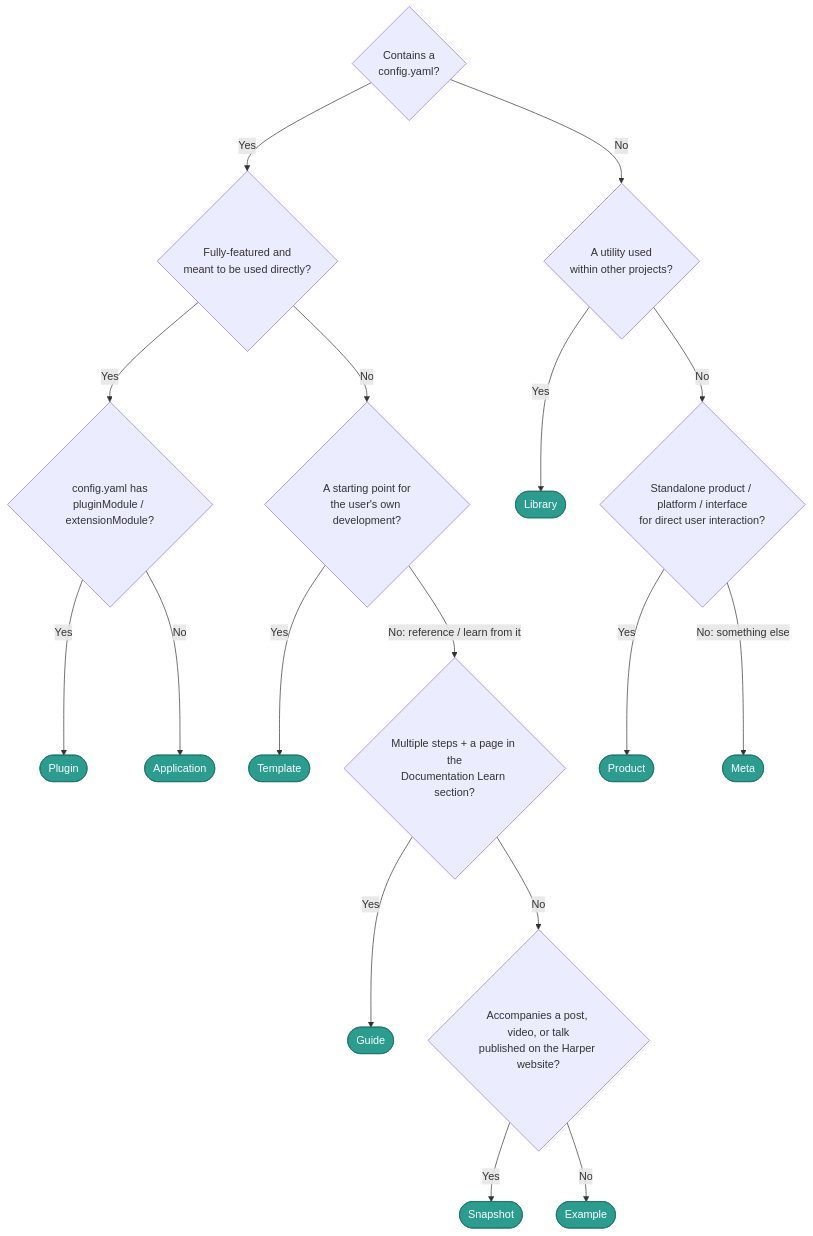
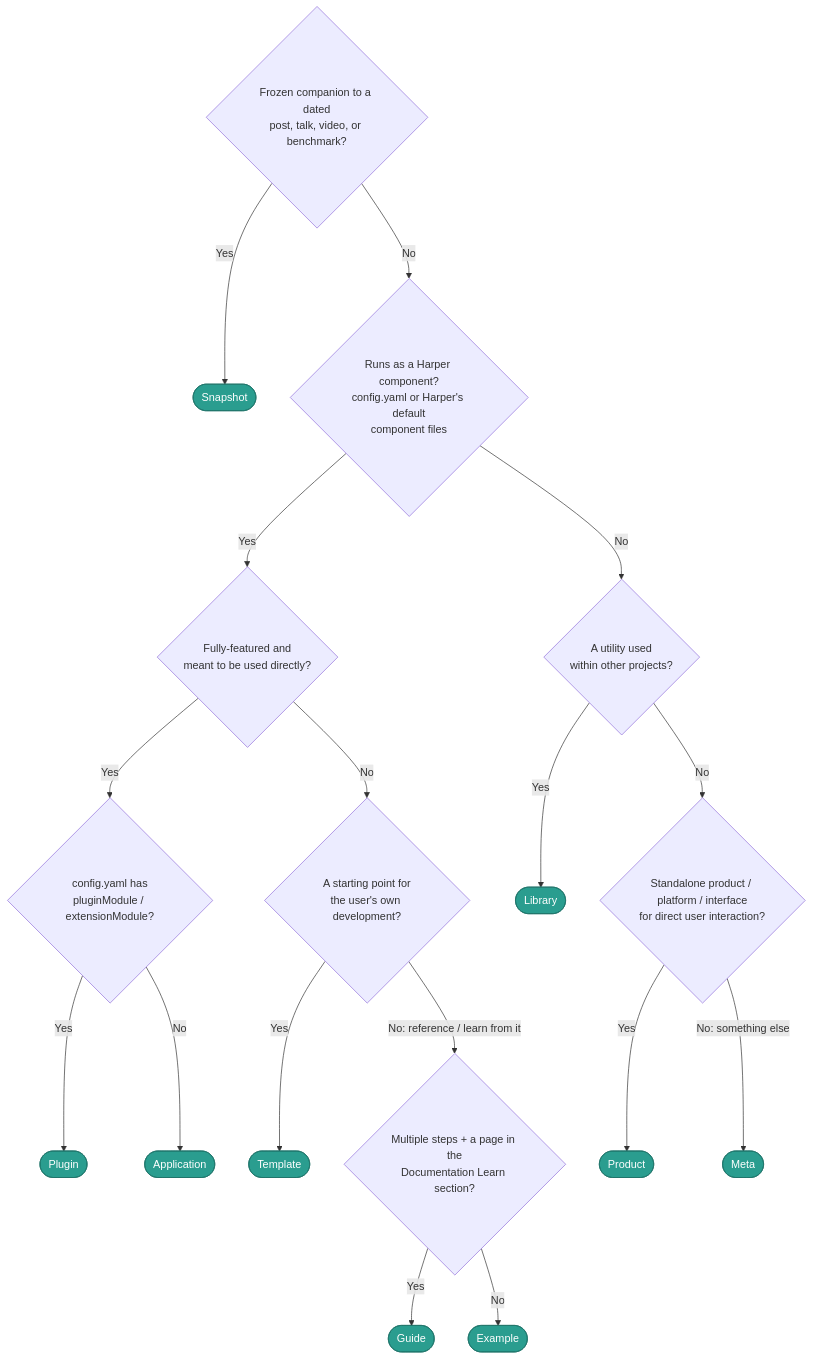
Before and after one commit to HarperFast/.github: the diagram in guidelines/repository-taxonomy.md, drawn with Mermaid. The commit also changed other lines of this file and 3 other files, not shown here.

````diff
--- a/guidelines/repository-taxonomy.md
+++ b/guidelines/repository-taxonomy.md
@@ -29,29 +29,29 @@
 ```mermaid
 flowchart TD
-    A{Contains a<br/>config.yaml?} -->|Yes| B{Fully-featured and<br/>meant to be used directly?}
+    S{Frozen companion to a dated<br/>post, talk, video, or benchmark?} -->|Yes| Snapshot([Snapshot])
+    S -->|No| A
+
+    A{Runs as a Harper component?<br/>config.yaml or Harper's default<br/>component files} -->|Yes| B{Fully-featured and<br/>meant to be used directly?}
     A -->|No| G{A utility used<br/>within other projects?}
 
     B -->|Yes| C{config.yaml has<br/>pluginModule / extensionModule?}
     B -->|No| D{A starting point for<br/>the user's own development?}
 
     C -->|Yes| Plugin([Plugin])
     C -->|No| Application([Application])
 
     D -->|Yes| Template([Template])
     D -->|"No: reference / learn from it"| E{Multiple steps + a page in the<br/>Documentation Learn section?}
 
     E -->|Yes| Guide([Guide])
-    E -->|No| F{Accompanies a post, video, or talk<br/>published on the Harper website?}
-
-    F -->|Yes| Snapshot([Snapshot])
-    F -->|No| Example([Example])
+    E -->|No| Example([Example])
 
     G -->|Yes| Library([Library])
     G -->|No| H{Standalone product / platform / interface<br/>for direct user interaction?}
 
     H -->|Yes| Product([Product])
     H -->|"No: something else"| Meta([Meta])
 
     classDef type fill:#2a9d8f,stroke:#1d7268,color:#fff;
     class Plugin,Application,Template,Guide,Snapshot,Example,Library,Product,Meta type;
 ```
````
